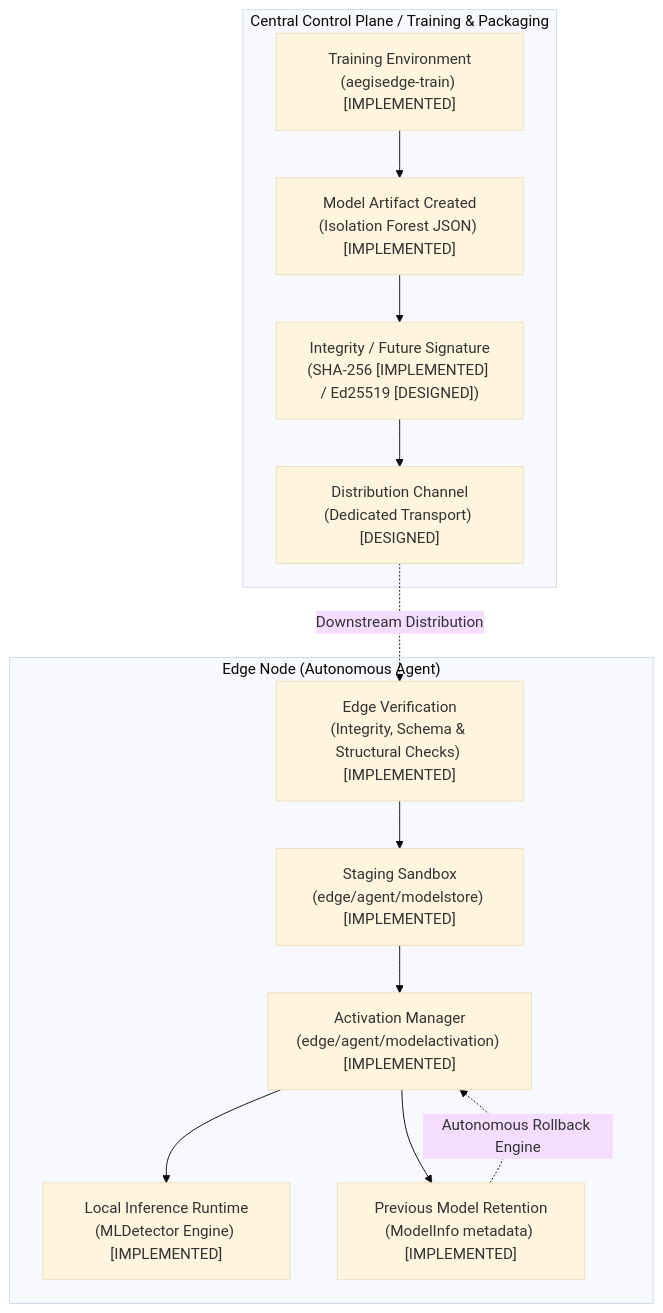
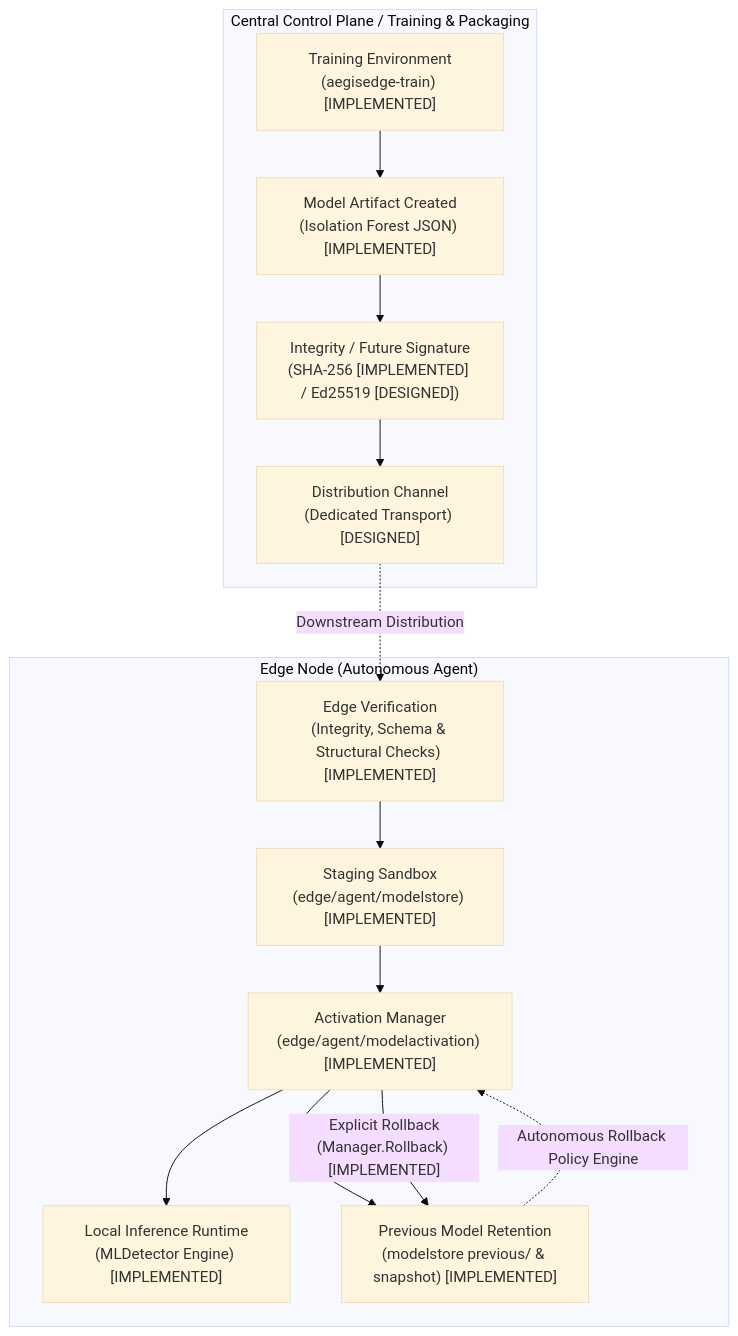
One commit to Chamalka-heshi/AegisEdge changed diagram 13 of 13 in docs/architecture/overview.md. Above: the diagram before and after it, drawn with Mermaid (base theme). The commit also changed other lines of this file, not shown here.

Commit message:
docs: refine system overview and architecture description

````diff
--- a/docs/architecture/overview.md
+++ b/docs/architecture/overview.md
@@ -500,17 +504,18 @@
 ```mermaid
 flowchart TD
     subgraph ControlPlane ["Central Control Plane / Training & Packaging"]
         TRAIN["Training Environment\n(aegisedge-train) [IMPLEMENTED]"] --> ART["Model Artifact Created\n(Isolation Forest JSON) [IMPLEMENTED]"]
         ART --> INT["Integrity / Future Signature\n(SHA-256 [IMPLEMENTED] / Ed25519 [DESIGNED])"]
         INT --> DIST["Distribution Channel\n(Dedicated Transport) [DESIGNED]"]
     end
 
     subgraph EdgeNode ["Edge Node (Autonomous Agent)"]
         DIST -. "Downstream Distribution" .-> VER["Edge Verification\n(Integrity, Schema & Structural Checks) [IMPLEMENTED]"]
         VER --> STAGE["Staging Sandbox\n(edge/agent/modelstore) [IMPLEMENTED]"]
         STAGE --> ACT["Activation Manager\n(edge/agent/modelactivation) [IMPLEMENTED]"]
         ACT --> INF["Local Inference Runtime\n(MLDetector Engine) [IMPLEMENTED]"]
-        ACT --> PREV["Previous Model Retention\n(ModelInfo metadata) [IMPLEMENTED]"]
-        PREV -. "Autonomous Rollback Engine" .-> ACT
+        ACT --> PREV["Previous Model Retention\n(modelstore previous/ & snapshot) [IMPLEMENTED]"]
+        ACT -- "Explicit Rollback\n(Manager.Rollback) [IMPLEMENTED]" --> PREV
+        PREV -. "Autonomous Rollback Policy Engine" .-> ACT
     end
 ```
````
